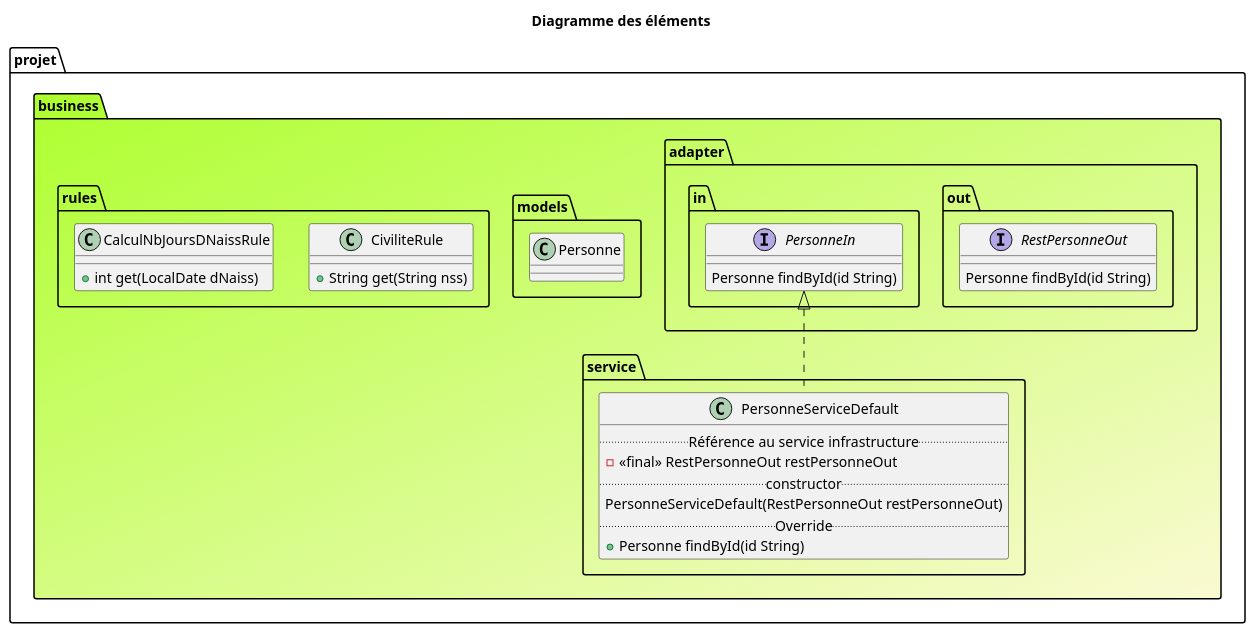
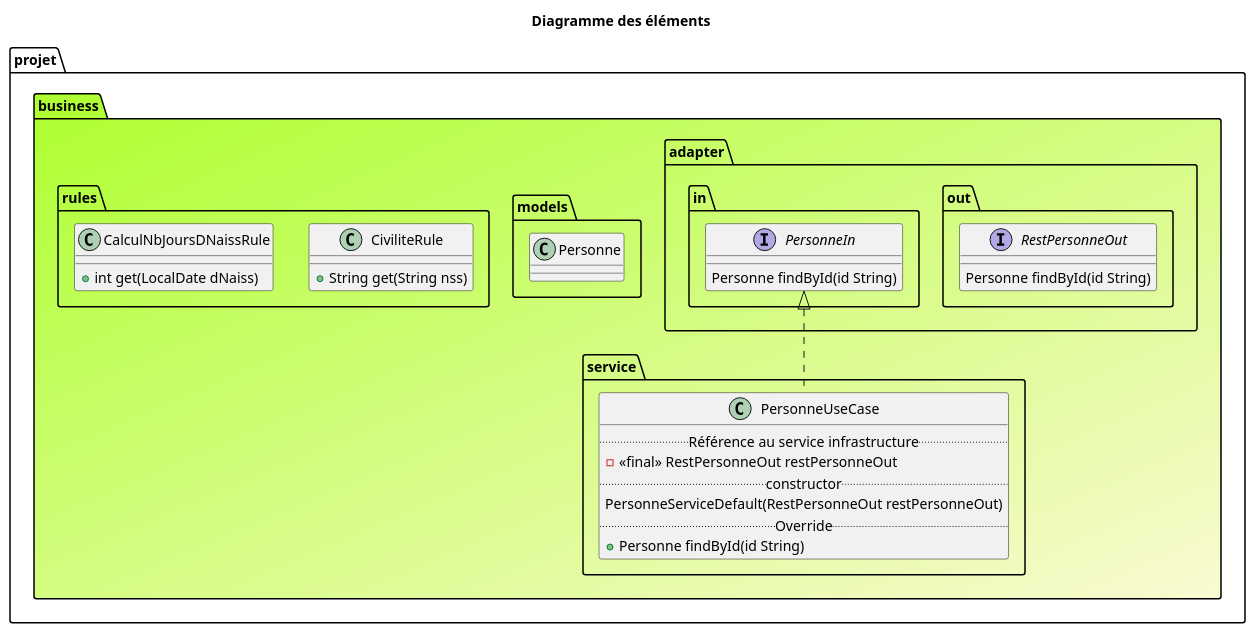
One commit to stef38-code/structureProjet changed the diagram in images/business/dia_business_ex.puml. Above: the diagram before and after it, drawn with PlantUML. The commit also changed 10 other files, not shown here.

```diff
--- a/images/business/dia_business_ex.puml
+++ b/images/business/dia_business_ex.puml
@@ -1,39 +1,39 @@
 @startuml
 title: Diagramme des éléments
 package projet.business #GreenYellow/LightGoldenRodYellow {
   package projet.business.adapter.out {
   interface RestPersonneOut {
     Personne findById(id String)
   }
   }
   package projet.business.adapter.in {
     interface PersonneIn {
       Personne findById(id String)
     }
     }
   package projet.business.models {
     class Personne{
     }
   }
     package projet.business.rules {
         class CiviliteRule{
             +String get(String nss)
         }
         class CalculNbJoursDNaissRule{
             +int get(LocalDate dNaiss)
         }
       }
       package projet.business.service {
-          class PersonneServiceDefault implements projet.business.adapter.in.PersonneIn {
+          class PersonneUseCase implements projet.business.adapter.in.PersonneIn {
           .. Référence au service infrastructure ..
           - <<final>> RestPersonneOut restPersonneOut
           .. constructor ..
           PersonneServiceDefault(RestPersonneOut restPersonneOut)
           .. Override ..
           +Personne findById(id String)
           }
         }
 }
 
 }
 @enduml
```
